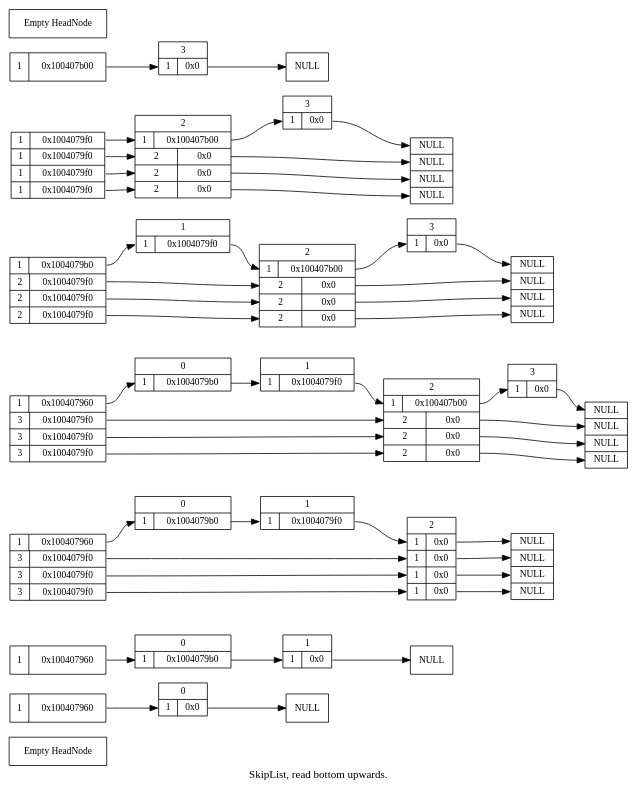
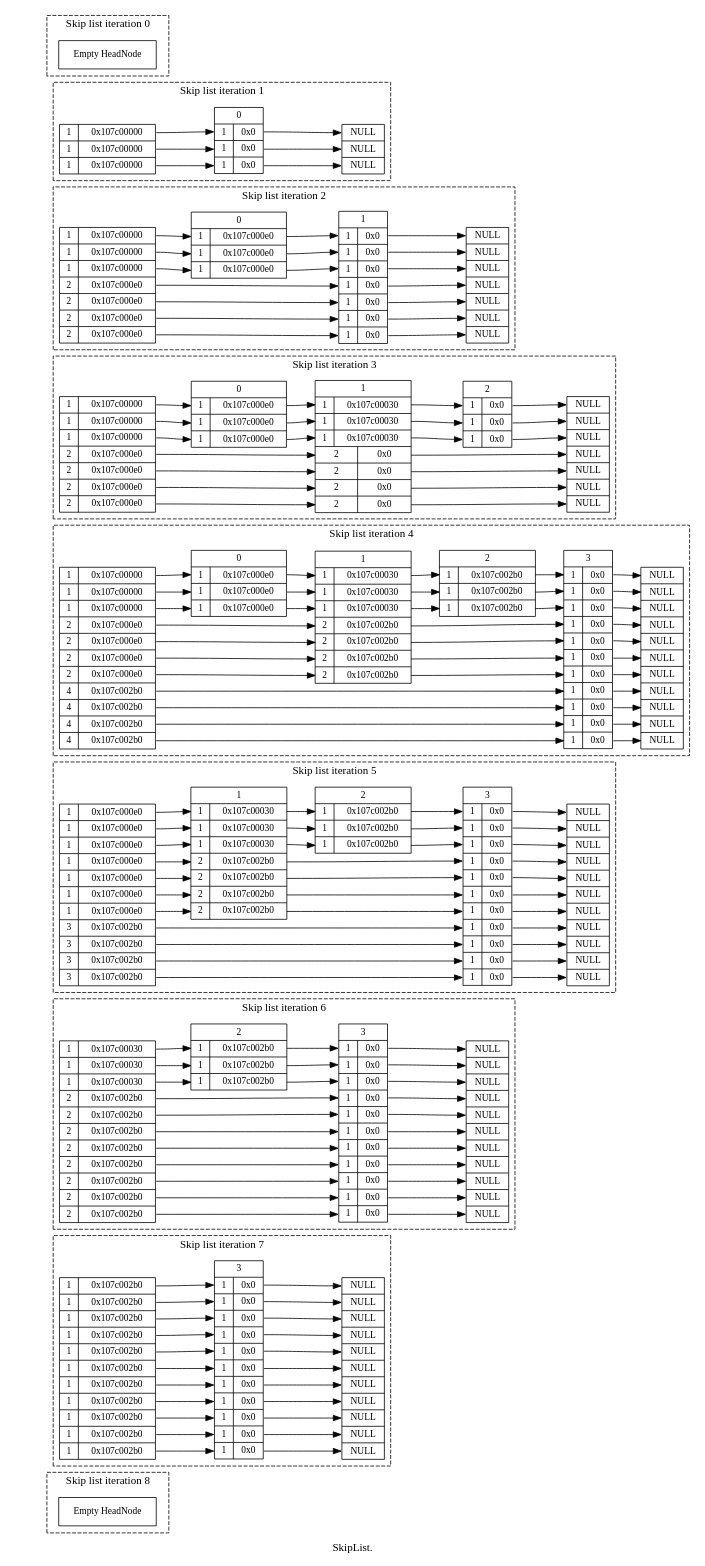
One commit to paulross/skiplist changed the diagram in doc/skiplist_visualisation/dot/doc_insert_remove_75_percent.dot. Above: the diagram before and after it, drawn with Graphviz. The commit also changed 31 other files, not shown here.

```diff
--- a/doc/skiplist_visualisation/dot/doc_insert_remove_75_percent.dot
+++ b/doc/skiplist_visualisation/dot/doc_insert_remove_75_percent.dot
@@ -1,161 +1,327 @@
 # doc_insert_remove
 digraph SkipList {
-label = "SkipList, read bottom upwards."
+label = "SkipList."
 graph [rankdir = "LR"];
 node [fontsize = "12" shape = "ellipse"];
 edge [];
-"HeadNode" [
+
+subgraph cluster0 {
+style=dashed
+label="Skip list iteration 0"
+"HeadNode0" [
 label = "Empty HeadNode"
 shape = "record"
 ];
+}
+
+subgraph cluster1 {
+style=dashed
+label="Skip list iteration 1"
 "HeadNode1" [
-label = "{ 1 | <f0> 0x100407960}"
+label = "{ 1 | <f0> 0x107c00000} | { 1 | <f1> 0x107c00000} | { 1 | <f2> 0x107c00000}"
 shape = "record"
 ];
-"node10x0" [label = "<w1> NULL" shape = "record"];
-"HeadNode1":f0 -> "node10x100407960":w1 [];
-"node10x100407960" [
-label = "<f0> 0 | { <w1> 1 | <f1> 0x0 }"
+"node10x0" [label = "<w1> NULL | <w2> NULL | <w3> NULL" shape = "record"];
+"HeadNode1":f0 -> "node10x107c00000":w1 [];
+"HeadNode1":f1 -> "node10x107c00000":w2 [];
+"HeadNode1":f2 -> "node10x107c00000":w3 [];
+"node10x107c00000" [
+label = "<f0> 0 | { <w1> 1 | <f1> 0x0 } | { <w2> 1 | <f2> 0x0 } | { <w3> 1 | <f3> 0x0 }"
 shape = "record"
 ];
-"node10x100407960":f1 -> "node10x0":w1 [];
+"node10x107c00000":f1 -> "node10x0":w1 [];
+"node10x107c00000":f2 -> "node10x0":w2 [];
+"node10x107c00000":f3 -> "node10x0":w3 [];
+}
+
+subgraph cluster2 {
+style=dashed
+label="Skip list iteration 2"
 "HeadNode2" [
-label = "{ 1 | <f0> 0x100407960}"
+label = "{ 1 | <f0> 0x107c00000} | { 1 | <f1> 0x107c00000} | { 1 | <f2> 0x107c00000} | { 2 | <f3> 0x107c000e0} | { 2 | <f4> 0x107c000e0} | { 2 | <f5> 0x107c000e0} | { 2 | <f6> 0x107c000e0}"
 shape = "record"
 ];
-"node20x0" [label = "<w1> NULL" shape = "record"];
-"HeadNode2":f0 -> "node20x100407960":w1 [];
-"node20x100407960" [
-label = "<f0> 0 | { <w1> 1 | <f1> 0x1004079b0 }"
+"node20x0" [label = "<w1> NULL | <w2> NULL | <w3> NULL | <w4> NULL | <w5> NULL | <w6> NULL | <w7> NULL" shape = "record"];
+"HeadNode2":f0 -> "node20x107c00000":w1 [];
+"HeadNode2":f1 -> "node20x107c00000":w2 [];
+"HeadNode2":f2 -> "node20x107c00000":w3 [];
+"HeadNode2":f3 -> "node20x107c000e0":w4 [];
+"HeadNode2":f4 -> "node20x107c000e0":w5 [];
+"HeadNode2":f5 -> "node20x107c000e0":w6 [];
+"HeadNode2":f6 -> "node20x107c000e0":w7 [];
+"node20x107c00000" [
+label = "<f0> 0 | { <w1> 1 | <f1> 0x107c000e0 } | { <w2> 1 | <f2> 0x107c000e0 } | { <w3> 1 | <f3> 0x107c000e0 }"
 shape = "record"
 ];
-"node20x100407960":f1 -> "node20x1004079b0":w1 [];
-"node20x1004079b0" [
-label = "<f0> 1 | { <w1> 1 | <f1> 0x0 }"
+"node20x107c00000":f1 -> "node20x107c000e0":w1 [];
+"node20x107c00000":f2 -> "node20x107c000e0":w2 [];
+"node20x107c00000":f3 -> "node20x107c000e0":w3 [];
+"node20x107c000e0" [
+label = "<f0> 1 | { <w1> 1 | <f1> 0x0 } | { <w2> 1 | <f2> 0x0 } | { <w3> 1 | <f3> 0x0 } | { <w4> 1 | <f4> 0x0 } | { <w5> 1 | <f5> 0x0 } | { <w6> 1 | <f6> 0x0 } | { <w7> 1 | <f7> 0x0 }"
 shape = "record"
 ];
-"node20x1004079b0":f1 -> "node20x0":w1 [];
+"node20x107c000e0":f1 -> "node20x0":w1 [];
+"node20x107c000e0":f2 -> "node20x0":w2 [];
+"node20x107c000e0":f3 -> "node20x0":w3 [];
+"node20x107c000e0":f4 -> "node20x0":w4 [];
+"node20x107c000e0":f5 -> "node20x0":w5 [];
+"node20x107c000e0":f6 -> "node20x0":w6 [];
+"node20x107c000e0":f7 -> "node20x0":w7 [];
+}
+
+subgraph cluster3 {
+style=dashed
+label="Skip list iteration 3"
 "HeadNode3" [
-label = "{ 1 | <f0> 0x100407960} | { 3 | <f1> 0x1004079f0} | { 3 | <f2> 0x1004079f0} | { 3 | <f3> 0x1004079f0}"
+label = "{ 1 | <f0> 0x107c00000} | { 1 | <f1> 0x107c00000} | { 1 | <f2> 0x107c00000} | { 2 | <f3> 0x107c000e0} | { 2 | <f4> 0x107c000e0} | { 2 | <f5> 0x107c000e0} | { 2 | <f6> 0x107c000e0}"
 shape = "record"
 ];
-"node30x0" [label = "<w1> NULL | <w2> NULL | <w3> NULL | <w4> NULL" shape = "record"];
-"HeadNode3":f0 -> "node30x100407960":w1 [];
-"HeadNode3":f1 -> "node30x1004079f0":w2 [];
-"HeadNode3":f2 -> "node30x1004079f0":w3 [];
-"HeadNode3":f3 -> "node30x1004079f0":w4 [];
-"node30x100407960" [
-label = "<f0> 0 | { <w1> 1 | <f1> 0x1004079b0 }"
+"node30x0" [label = "<w1> NULL | <w2> NULL | <w3> NULL | <w4> NULL | <w5> NULL | <w6> NULL | <w7> NULL" shape = "record"];
+"HeadNode3":f0 -> "node30x107c00000":w1 [];
+"HeadNode3":f1 -> "node30x107c00000":w2 [];
+"HeadNode3":f2 -> "node30x107c00000":w3 [];
+"HeadNode3":f3 -> "node30x107c000e0":w4 [];
+"HeadNode3":f4 -> "node30x107c000e0":w5 [];
+"HeadNode3":f5 -> "node30x107c000e0":w6 [];
+"HeadNode3":f6 -> "node30x107c000e0":w7 [];
+"node30x107c00000" [
+label = "<f0> 0 | { <w1> 1 | <f1> 0x107c000e0 } | { <w2> 1 | <f2> 0x107c000e0 } | { <w3> 1 | <f3> 0x107c000e0 }"
 shape = "record"
 ];
-"node30x100407960":f1 -> "node30x1004079b0":w1 [];
-"node30x1004079b0" [
-label = "<f0> 1 | { <w1> 1 | <f1> 0x1004079f0 }"
+"node30x107c00000":f1 -> "node30x107c000e0":w1 [];
+"node30x107c00000":f2 -> "node30x107c000e0":w2 [];
+"node30x107c00000":f3 -> "node30x107c000e0":w3 [];
+"node30x107c000e0" [
+label = "<f0> 1 | { <w1> 1 | <f1> 0x107c00030 } | { <w2> 1 | <f2> 0x107c00030 } | { <w3> 1 | <f3> 0x107c00030 } | { <w4> 2 | <f4> 0x0 } | { <w5> 2 | <f5> 0x0 } | { <w6> 2 | <f6> 0x0 } | { <w7> 2 | <f7> 0x0 }"
 shape = "record"
 ];
-"node30x1004079b0":f1 -> "node30x1004079f0":w1 [];
-"node30x1004079f0" [
-label = "<f0> 2 | { <w1> 1 | <f1> 0x0 } | { <w2> 1 | <f2> 0x0 } | { <w3> 1 | <f3> 0x0 } | { <w4> 1 | <f4> 0x0 }"
+"node30x107c000e0":f1 -> "node30x107c00030":w1 [];
+"node30x107c000e0":f2 -> "node30x107c00030":w2 [];
+"node30x107c000e0":f3 -> "node30x107c00030":w3 [];
+"node30x107c000e0":f4 -> "node30x0":w4 [];
+"node30x107c000e0":f5 -> "node30x0":w5 [];
+"node30x107c000e0":f6 -> "node30x0":w6 [];
+"node30x107c000e0":f7 -> "node30x0":w7 [];
+"node30x107c00030" [
+label = "<f0> 2 | { <w1> 1 | <f1> 0x0 } | { <w2> 1 | <f2> 0x0 } | { <w3> 1 | <f3> 0x0 }"
 shape = "record"
 ];
-"node30x1004079f0":f1 -> "node30x0":w1 [];
-"node30x1004079f0":f2 -> "node30x0":w2 [];
-"node30x1004079f0":f3 -> "node30x0":w3 [];
-"node30x1004079f0":f4 -> "node30x0":w4 [];
+"node30x107c00030":f1 -> "node30x0":w1 [];
+"node30x107c00030":f2 -> "node30x0":w2 [];
+"node30x107c00030":f3 -> "node30x0":w3 [];
+}
+
+subgraph cluster4 {
+style=dashed
+label="Skip list iteration 4"
 "HeadNode4" [
-label = "{ 1 | <f0> 0x100407960} | { 3 | <f1> 0x1004079f0} | { 3 | <f2> 0x1004079f0} | { 3 | <f3> 0x1004079f0}"
+label = "{ 1 | <f0> 0x107c00000} | { 1 | <f1> 0x107c00000} | { 1 | <f2> 0x107c00000} | { 2 | <f3> 0x107c000e0} | { 2 | <f4> 0x107c000e0} | { 2 | <f5> 0x107c000e0} | { 2 | <f6> 0x107c000e0} | { 4 | <f7> 0x107c002b0} | { 4 | <f8> 0x107c002b0} | { 4 | <f9> 0x107c002b0} | { 4 | <f10> 0x107c002b0}"
 shape = "record"
 ];
-"node40x0" [label = "<w1> NULL | <w2> NULL | <w3> NULL | <w4> NULL" shape = "record"];
-"HeadNode4":f0 -> "node40x100407960":w1 [];
-"HeadNode4":f1 -> "node40x1004079f0":w2 [];
-"HeadNode4":f2 -> "node40x1004079f0":w3 [];
-"HeadNode4":f3 -> "node40x1004079f0":w4 [];
-"node40x100407960" [
-label = "<f0> 0 | { <w1> 1 | <f1> 0x1004079b0 }"
+"node40x0" [label = "<w1> NULL | <w2> NULL | <w3> NULL | <w4> NULL | <w5> NULL | <w6> NULL | <w7> NULL | <w8> NULL | <w9> NULL | <w10> NULL | <w11> NULL" shape = "record"];
+"HeadNode4":f0 -> "node40x107c00000":w1 [];
+"HeadNode4":f1 -> "node40x107c00000":w2 [];
+"HeadNode4":f2 -> "node40x107c00000":w3 [];
+"HeadNode4":f3 -> "node40x107c000e0":w4 [];
+"HeadNode4":f4 -> "node40x107c000e0":w5 [];
+"HeadNode4":f5 -> "node40x107c000e0":w6 [];
+"HeadNode4":f6 -> "node40x107c000e0":w7 [];
+"HeadNode4":f7 -> "node40x107c002b0":w8 [];
+"HeadNode4":f8 -> "node40x107c002b0":w9 [];
+"HeadNode4":f9 -> "node40x107c002b0":w10 [];
+"HeadNode4":f10 -> "node40x107c002b0":w11 [];
+"node40x107c00000" [
+label = "<f0> 0 | { <w1> 1 | <f1> 0x107c000e0 } | { <w2> 1 | <f2> 0x107c000e0 } | { <w3> 1 | <f3> 0x107c000e0 }"
 shape = "record"
 ];
-"node40x100407960":f1 -> "node40x1004079b0":w1 [];
-"node40x1004079b0" [
-label = "<f0> 1 | { <w1> 1 | <f1> 0x1004079f0 }"
+"node40x107c00000":f1 -> "node40x107c000e0":w1 [];
+"node40x107c00000":f2 -> "node40x107c000e0":w2 [];
+"node40x107c00000":f3 -> "node40x107c000e0":w3 [];
+"node40x107c000e0" [
+label = "<f0> 1 | { <w1> 1 | <f1> 0x107c00030 } | { <w2> 1 | <f2> 0x107c00030 } | { <w3> 1 | <f3> 0x107c00030 } | { <w4> 2 | <f4> 0x107c002b0 } | { <w5> 2 | <f5> 0x107c002b0 } | { <w6> 2 | <f6> 0x107c002b0 } | { <w7> 2 | <f7> 0x107c002b0 }"
 shape = "record"
 ];
-"node40x1004079b0":f1 -> "node40x1004079f0":w1 [];
-"node40x1004079f0" [
-label = "<f0> 2 | { <w1> 1 | <f1> 0x100407b00 } | { <w2> 2 | <f2> 0x0 } | { <w3> 2 | <f3> 0x0 } | { <w4> 2 | <f4> 0x0 }"
+"node40x107c000e0":f1 -> "node40x107c00030":w1 [];
+"node40x107c000e0":f2 -> "node40x107c00030":w2 [];
+"node40x107c000e0":f3 -> "node40x107c00030":w3 [];
+"node40x107c000e0":f4 -> "node40x107c002b0":w4 [];
+"node40x107c000e0":f5 -> "node40x107c002b0":w5 [];
+"node40x107c000e0":f6 -> "node40x107c002b0":w6 [];
+"node40x107c000e0":f7 -> "node40x107c002b0":w7 [];
+"node40x107c00030" [
+label = "<f0> 2 | { <w1> 1 | <f1> 0x107c002b0 } | { <w2> 1 | <f2> 0x107c002b0 } | { <w3> 1 | <f3> 0x107c002b0 }"
 shape = "record"
 ];
-"node40x1004079f0":f1 -> "node40x100407b00":w1 [];
-"node40x1004079f0":f2 -> "node40x0":w2 [];
-"node40x1004079f0":f3 -> "node40x0":w3 [];
-"node40x1004079f0":f4 -> "node40x0":w4 [];
-"node40x100407b00" [
-label = "<f0> 3 | { <w1> 1 | <f1> 0x0 }"
+"node40x107c00030":f1 -> "node40x107c002b0":w1 [];
+"node40x107c00030":f2 -> "node40x107c002b0":w2 [];
+"node40x107c00030":f3 -> "node40x107c002b0":w3 [];
+"node40x107c002b0" [
+label = "<f0> 3 | { <w1> 1 | <f1> 0x0 } | { <w2> 1 | <f2> 0x0 } | { <w3> 1 | <f3> 0x0 } | { <w4> 1 | <f4> 0x0 } | { <w5> 1 | <f5> 0x0 } | { <w6> 1 | <f6> 0x0 } | { <w7> 1 | <f7> 0x0 } | { <w8> 1 | <f8> 0x0 } | { <w9> 1 | <f9> 0x0 } | { <w10> 1 | <f10> 0x0 } | { <w11> 1 | <f11> 0x0 }"
 shape = "record"
 ];
-"node40x100407b00":f1 -> "node40x0":w1 [];
+"node40x107c002b0":f1 -> "node40x0":w1 [];
+"node40x107c002b0":f2 -> "node40x0":w2 [];
+"node40x107c002b0":f3 -> "node40x0":w3 [];
+"node40x107c002b0":f4 -> "node40x0":w4 [];
+"node40x107c002b0":f5 -> "node40x0":w5 [];
+"node40x107c002b0":f6 -> "node40x0":w6 [];
+"node40x107c002b0":f7 -> "node40x0":w7 [];
+"node40x107c002b0":f8 -> "node40x0":w8 [];
+"node40x107c002b0":f9 -> "node40x0":w9 [];
+"node40x107c002b0":f10 -> "node40x0":w10 [];
+"node40x107c002b0":f11 -> "node40x0":w11 [];
+}
+
+subgraph cluster5 {
+style=dashed
+label="Skip list iteration 5"
 "HeadNode5" [
-label = "{ 1 | <f0> 0x1004079b0} | { 2 | <f1> 0x1004079f0} | { 2 | <f2> 0x1004079f0} | { 2 | <f3> 0x1004079f0}"
+label = "{ 1 | <f0> 0x107c000e0} | { 1 | <f1> 0x107c000e0} | { 1 | <f2> 0x107c000e0} | { 1 | <f3> 0x107c000e0} | { 1 | <f4> 0x107c000e0} | { 1 | <f5> 0x107c000e0} | { 1 | <f6> 0x107c000e0} | { 3 | <f7> 0x107c002b0} | { 3 | <f8> 0x107c002b0} | { 3 | <f9> 0x107c002b0} | { 3 | <f10> 0x107c002b0}"
 shape = "record"
 ];
-"node50x0" [label = "<w1> NULL | <w2> NULL | <w3> NULL | <w4> NULL" shape = "record"];
-"HeadNode5":f0 -> "node50x1004079b0":w1 [];
-"HeadNode5":f1 -> "node50x1004079f0":w2 [];
-"HeadNode5":f2 -> "node50x1004079f0":w3 [];
-"HeadNode5":f3 -> "node50x1004079f0":w4 [];
-"node50x1004079b0" [
-label = "<f0> 1 | { <w1> 1 | <f1> 0x1004079f0 }"
+"node50x0" [label = "<w1> NULL | <w2> NULL | <w3> NULL | <w4> NULL | <w5> NULL | <w6> NULL | <w7> NULL | <w8> NULL | <w9> NULL | <w10> NULL | <w11> NULL" shape = "record"];
+"HeadNode5":f0 -> "node50x107c000e0":w1 [];
+"HeadNode5":f1 -> "node50x107c000e0":w2 [];
+"HeadNode5":f2 -> "node50x107c000e0":w3 [];
+"HeadNode5":f3 -> "node50x107c000e0":w4 [];
+"HeadNode5":f4 -> "node50x107c000e0":w5 [];
+"HeadNode5":f5 -> "node50x107c000e0":w6 [];
+"HeadNode5":f6 -> "node50x107c000e0":w7 [];
+"HeadNode5":f7 -> "node50x107c002b0":w8 [];
+"HeadNode5":f8 -> "node50x107c002b0":w9 [];
+"HeadNode5":f9 -> "node50x107c002b0":w10 [];
+"HeadNode5":f10 -> "node50x107c002b0":w11 [];
+"node50x107c000e0" [
+label = "<f0> 1 | { <w1> 1 | <f1> 0x107c00030 } | { <w2> 1 | <f2> 0x107c00030 } | { <w3> 1 | <f3> 0x107c00030 } | { <w4> 2 | <f4> 0x107c002b0 } | { <w5> 2 | <f5> 0x107c002b0 } | { <w6> 2 | <f6> 0x107c002b0 } | { <w7> 2 | <f7> 0x107c002b0 }"
 shape = "record"
 ];
-"node50x1004079b0":f1 -> "node50x1004079f0":w1 [];
-"node50x1004079f0" [
-label = "<f0> 2 | { <w1> 1 | <f1> 0x100407b00 } | { <w2> 2 | <f2> 0x0 } | { <w3> 2 | <f3> 0x0 } | { <w4> 2 | <f4> 0x0 }"
+"node50x107c000e0":f1 -> "node50x107c00030":w1 [];
+"node50x107c000e0":f2 -> "node50x107c00030":w2 [];
+"node50x107c000e0":f3 -> "node50x107c00030":w3 [];
+"node50x107c000e0":f4 -> "node50x107c002b0":w4 [];
+"node50x107c000e0":f5 -> "node50x107c002b0":w5 [];
+"node50x107c000e0":f6 -> "node50x107c002b0":w6 [];
+"node50x107c000e0":f7 -> "node50x107c002b0":w7 [];
+"node50x107c00030" [
+label = "<f0> 2 | { <w1> 1 | <f1> 0x107c002b0 } | { <w2> 1 | <f2> 0x107c002b0 } | { <w3> 1 | <f3> 0x107c002b0 }"
 shape = "record"
 ];
-"node50x1004079f0":f1 -> "node50x100407b00":w1 [];
-"node50x1004079f0":f2 -> "node50x0":w2 [];
-"node50x1004079f0":f3 -> "node50x0":w3 [];
-"node50x1004079f0":f4 -> "node50x0":w4 [];
-"node50x100407b00" [
-label = "<f0> 3 | { <w1> 1 | <f1> 0x0 }"
+"node50x107c00030":f1 -> "node50x107c002b0":w1 [];
+"node50x107c00030":f2 -> "node50x107c002b0":w2 [];
+"node50x107c00030":f3 -> "node50x107c002b0":w3 [];
+"node50x107c002b0" [
+label = "<f0> 3 | { <w1> 1 | <f1> 0x0 } | { <w2> 1 | <f2> 0x0 } | { <w3> 1 | <f3> 0x0 } | { <w4> 1 | <f4> 0x0 } | { <w5> 1 | <f5> 0x0 } | { <w6> 1 | <f6> 0x0 } | { <w7> 1 | <f7> 0x0 } | { <w8> 1 | <f8> 0x0 } | { <w9> 1 | <f9> 0x0 } | { <w10> 1 | <f10> 0x0 } | { <w11> 1 | <f11> 0x0 }"
 shape = "record"
 ];
-"node50x100407b00":f1 -> "node50x0":w1 [];
+"node50x107c002b0":f1 -> "node50x0":w1 [];
+"node50x107c002b0":f2 -> "node50x0":w2 [];
+"node50x107c002b0":f3 -> "node50x0":w3 [];
+"node50x107c002b0":f4 -> "node50x0":w4 [];
+"node50x107c002b0":f5 -> "node50x0":w5 [];
+"node50x107c002b0":f6 -> "node50x0":w6 [];
+"node50x107c002b0":f7 -> "node50x0":w7 [];
+"node50x107c002b0":f8 -> "node50x0":w8 [];
+"node50x107c002b0":f9 -> "node50x0":w9 [];
+"node50x107c002b0":f10 -> "node50x0":w10 [];
+"node50x107c002b0":f11 -> "node50x0":w11 [];
+}
+
+subgraph cluster6 {
+style=dashed
+label="Skip list iteration 6"
 "HeadNode6" [
-label = "{ 1 | <f0> 0x1004079f0} | { 1 | <f1> 0x1004079f0} | { 1 | <f2> 0x1004079f0} | { 1 | <f3> 0x1004079f0}"
+label = "{ 1 | <f0> 0x107c00030} | { 1 | <f1> 0x107c00030} | { 1 | <f2> 0x107c00030} | { 2 | <f3> 0x107c002b0} | { 2 | <f4> 0x107c002b0} | { 2 | <f5> 0x107c002b0} | { 2 | <f6> 0x107c002b0} | { 2 | <f7> 0x107c002b0} | { 2 | <f8> 0x107c002b0} | { 2 | <f9> 0x107c002b0} | { 2 | <f10> 0x107c002b0}"
 shape = "record"
 ];
-"node60x0" [label = "<w1> NULL | <w2> NULL | <w3> NULL | <w4> NULL" shape = "record"];
-"HeadNode6":f0 -> "node60x1004079f0":w1 [];
-"HeadNode6":f1 -> "node60x1004079f0":w2 [];
-"HeadNode6":f2 -> "node60x1004079f0":w3 [];
-"HeadNode6":f3 -> "node60x1004079f0":w4 [];
-"node60x1004079f0" [
-label = "<f0> 2 | { <w1> 1 | <f1> 0x100407b00 } | { <w2> 2 | <f2> 0x0 } | { <w3> 2 | <f3> 0x0 } | { <w4> 2 | <f4> 0x0 }"
+"node60x0" [label = "<w1> NULL | <w2> NULL | <w3> NULL | <w4> NULL | <w5> NULL | <w6> NULL | <w7> NULL | <w8> NULL | <w9> NULL | <w10> NULL | <w11> NULL" shape = "record"];
+"HeadNode6":f0 -> "node60x107c00030":w1 [];
+"HeadNode6":f1 -> "node60x107c00030":w2 [];
+"HeadNode6":f2 -> "node60x107c00030":w3 [];
+"HeadNode6":f3 -> "node60x107c002b0":w4 [];
+"HeadNode6":f4 -> "node60x107c002b0":w5 [];
+"HeadNode6":f5 -> "node60x107c002b0":w6 [];
+"HeadNode6":f6 -> "node60x107c002b0":w7 [];
+"HeadNode6":f7 -> "node60x107c002b0":w8 [];
+"HeadNode6":f8 -> "node60x107c002b0":w9 [];
+"HeadNode6":f9 -> "node60x107c002b0":w10 [];
+"HeadNode6":f10 -> "node60x107c002b0":w11 [];
+"node60x107c00030" [
+label = "<f0> 2 | { <w1> 1 | <f1> 0x107c002b0 } | { <w2> 1 | <f2> 0x107c002b0 } | { <w3> 1 | <f3> 0x107c002b0 }"
 shape = "record"
 ];
-"node60x1004079f0":f1 -> "node60x100407b00":w1 [];
-"node60x1004079f0":f2 -> "node60x0":w2 [];
-"node60x1004079f0":f3 -> "node60x0":w3 [];
-"node60x1004079f0":f4 -> "node60x0":w4 [];
-"node60x100407b00" [
-label = "<f0> 3 | { <w1> 1 | <f1> 0x0 }"
+"node60x107c00030":f1 -> "node60x107c002b0":w1 [];
+"node60x107c00030":f2 -> "node60x107c002b0":w2 [];
+"node60x107c00030":f3 -> "node60x107c002b0":w3 [];
+"node60x107c002b0" [
+label = "<f0> 3 | { <w1> 1 | <f1> 0x0 } | { <w2> 1 | <f2> 0x0 } | { <w3> 1 | <f3> 0x0 } | { <w4> 1 | <f4> 0x0 } | { <w5> 1 | <f5> 0x0 } | { <w6> 1 | <f6> 0x0 } | { <w7> 1 | <f7> 0x0 } | { <w8> 1 | <f8> 0x0 } | { <w9> 1 | <f9> 0x0 } | { <w10> 1 | <f10> 0x0 } | { <w11> 1 | <f11> 0x0 }"
 shape = "record"
 ];
-"node60x100407b00":f1 -> "node60x0":w1 [];
+"node60x107c002b0":f1 -> "node60x0":w1 [];
+"node60x107c002b0":f2 -> "node60x0":w2 [];
+"node60x107c002b0":f3 -> "node60x0":w3 [];
+"node60x107c002b0":f4 -> "node60x0":w4 [];
+"node60x107c002b0":f5 -> "node60x0":w5 [];
+"node60x107c002b0":f6 -> "node60x0":w6 [];
+"node60x107c002b0":f7 -> "node60x0":w7 [];
+"node60x107c002b0":f8 -> "node60x0":w8 [];
+"node60x107c002b0":f9 -> "node60x0":w9 [];
+"node60x107c002b0":f10 -> "node60x0":w10 [];
+"node60x107c002b0":f11 -> "node60x0":w11 [];
+}
+
+subgraph cluster7 {
+style=dashed
+label="Skip list iteration 7"
 "HeadNode7" [
-label = "{ 1 | <f0> 0x100407b00}"
+label = "{ 1 | <f0> 0x107c002b0} | { 1 | <f1> 0x107c002b0} | { 1 | <f2> 0x107c002b0} | { 1 | <f3> 0x107c002b0} | { 1 | <f4> 0x107c002b0} | { 1 | <f5> 0x107c002b0} | { 1 | <f6> 0x107c002b0} | { 1 | <f7> 0x107c002b0} | { 1 | <f8> 0x107c002b0} | { 1 | <f9> 0x107c002b0} | { 1 | <f10> 0x107c002b0}"
 shape = "record"
 ];
-"node70x0" [label = "<w1> NULL" shape = "record"];
-"HeadNode7":f0 -> "node70x100407b00":w1 [];
-"node70x100407b00" [
-label = "<f0> 3 | { <w1> 1 | <f1> 0x0 }"
+"node70x0" [label = "<w1> NULL | <w2> NULL | <w3> NULL | <w4> NULL | <w5> NULL | <w6> NULL | <w7> NULL | <w8> NULL | <w9> NULL | <w10> NULL | <w11> NULL" shape = "record"];
+"HeadNode7":f0 -> "node70x107c002b0":w1 [];
+"HeadNode7":f1 -> "node70x107c002b0":w2 [];
+"HeadNode7":f2 -> "node70x107c002b0":w3 [];
+"HeadNode7":f3 -> "node70x107c002b0":w4 [];
+"HeadNode7":f4 -> "node70x107c002b0":w5 [];
+"HeadNode7":f5 -> "node70x107c002b0":w6 [];
+"HeadNode7":f6 -> "node70x107c002b0":w7 [];
+"HeadNode7":f7 -> "node70x107c002b0":w8 [];
+"HeadNode7":f8 -> "node70x107c002b0":w9 [];
+"HeadNode7":f9 -> "node70x107c002b0":w10 [];
+"HeadNode7":f10 -> "node70x107c002b0":w11 [];
+"node70x107c002b0" [
+label = "<f0> 3 | { <w1> 1 | <f1> 0x0 } | { <w2> 1 | <f2> 0x0 } | { <w3> 1 | <f3> 0x0 } | { <w4> 1 | <f4> 0x0 } | { <w5> 1 | <f5> 0x0 } | { <w6> 1 | <f6> 0x0 } | { <w7> 1 | <f7> 0x0 } | { <w8> 1 | <f8> 0x0 } | { <w9> 1 | <f9> 0x0 } | { <w10> 1 | <f10> 0x0 } | { <w11> 1 | <f11> 0x0 }"
 shape = "record"
 ];
-"node70x100407b00":f1 -> "node70x0":w1 [];
+"node70x107c002b0":f1 -> "node70x0":w1 [];
+"node70x107c002b0":f2 -> "node70x0":w2 [];
+"node70x107c002b0":f3 -> "node70x0":w3 [];
+"node70x107c002b0":f4 -> "node70x0":w4 [];
+"node70x107c002b0":f5 -> "node70x0":w5 [];
+"node70x107c002b0":f6 -> "node70x0":w6 [];
+"node70x107c002b0":f7 -> "node70x0":w7 [];
+"node70x107c002b0":f8 -> "node70x0":w8 [];
+"node70x107c002b0":f9 -> "node70x0":w9 [];
+"node70x107c002b0":f10 -> "node70x0":w10 [];
+"node70x107c002b0":f11 -> "node70x0":w11 [];
+}
+
+subgraph cluster8 {
+style=dashed
+label="Skip list iteration 8"
 "HeadNode8" [
 label = "Empty HeadNode"
 shape = "record"
 ];
 }
+
+node0 [shape=record, label = "<f0> | <f1> | <f2> | <f3> | <f4> | <f5> | <f6> | <f7> | <f8> | ", style=invis, width=0.01];
+node0:f0 -> HeadNode0 [style=invis];
+node0:f1 -> HeadNode1 [style=invis];
+node0:f2 -> HeadNode2 [style=invis];
+node0:f3 -> HeadNode3 [style=invis];
+node0:f4 -> HeadNode4 [style=invis];
+node0:f5 -> HeadNode5 [style=invis];
+node0:f6 -> HeadNode6 [style=invis];
+node0:f7 -> HeadNode7 [style=invis];
+node0:f8 -> HeadNode8 [style=invis];
+}
```
